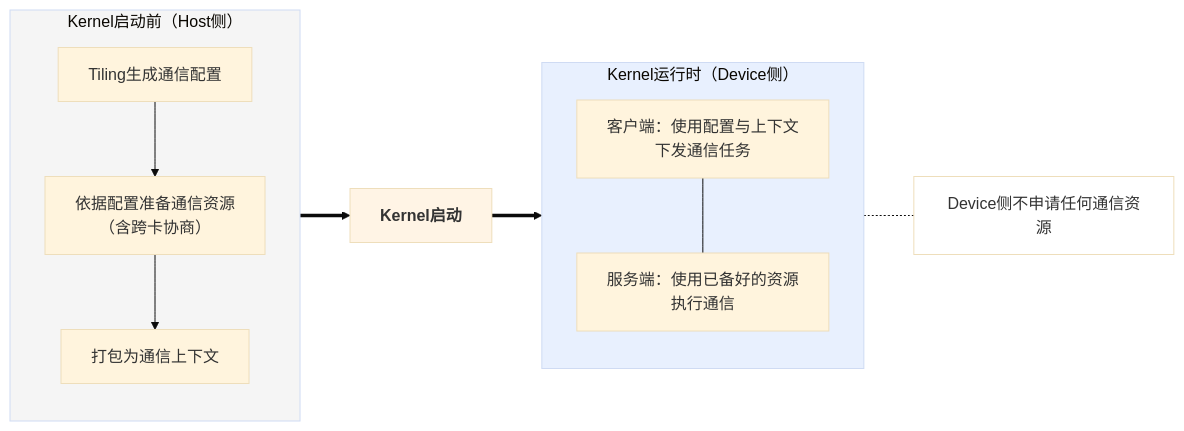
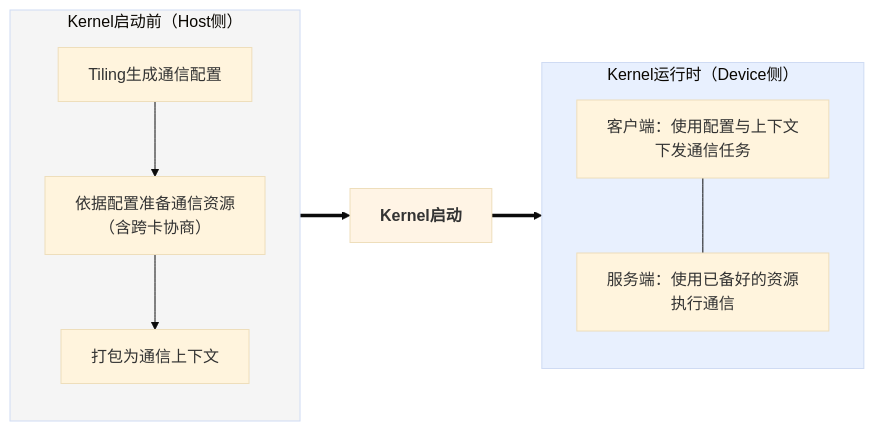
The third of 7 diagrams in docs/zh/编程模型/MC2编程模型/通信模型planB.md (Atlas-Ascend-Fork/asc-comm), drawn with Mermaid (base theme) before and after one commit. The commit also changed other lines of this file, not shown here.

````diff
--- a/docs/zh/编程模型/MC2编程模型/通信模型planB.md
+++ b/docs/zh/编程模型/MC2编程模型/通信模型planB.md
@@ -191,29 +178,25 @@
 ```mermaid
 flowchart LR
     subgraph BEFORE["Kernel启动前（Host侧）"]
         direction TB
         B1["Tiling生成通信配置"]
         B2["依据配置准备通信资源<br/>（含跨卡协商）"]
         B3["打包为通信上下文"]
         B1 --> B2 --> B3
     end
 
     LINE["<b>Kernel启动</b>"]
 
     subgraph AFTER["Kernel运行时（Device侧）"]
         direction TB
         A1["客户端：使用配置与上下文<br/>下发通信任务"]
         A2["服务端：使用已备好的资源<br/>执行通信"]
         A1 --- A2
     end
 
     BEFORE ==> LINE ==> AFTER
 
-    NOTE["Device侧不申请任何通信资源"]
-    AFTER -.- NOTE
-
     style BEFORE fill:#f5f5f5
     style LINE fill:#fff4e5
     style AFTER fill:#e8f0fe
-    style NOTE fill:#ffffff
 ```
````
